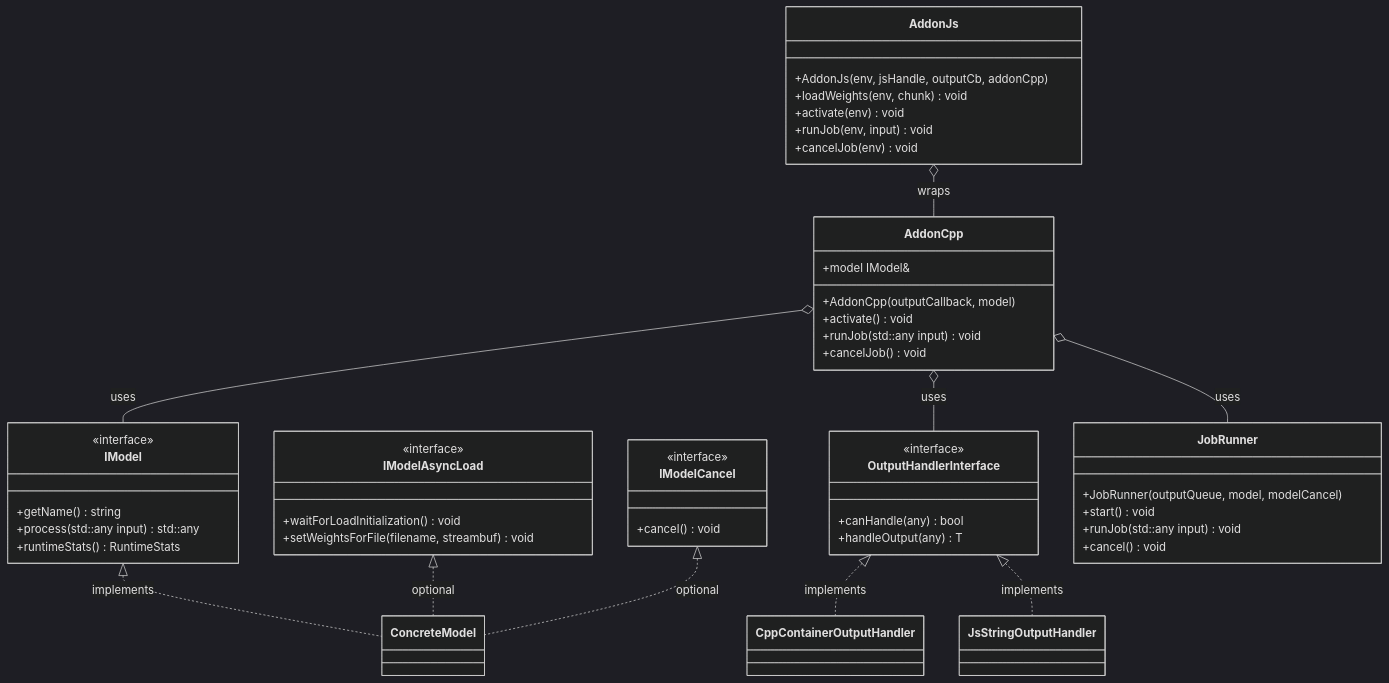
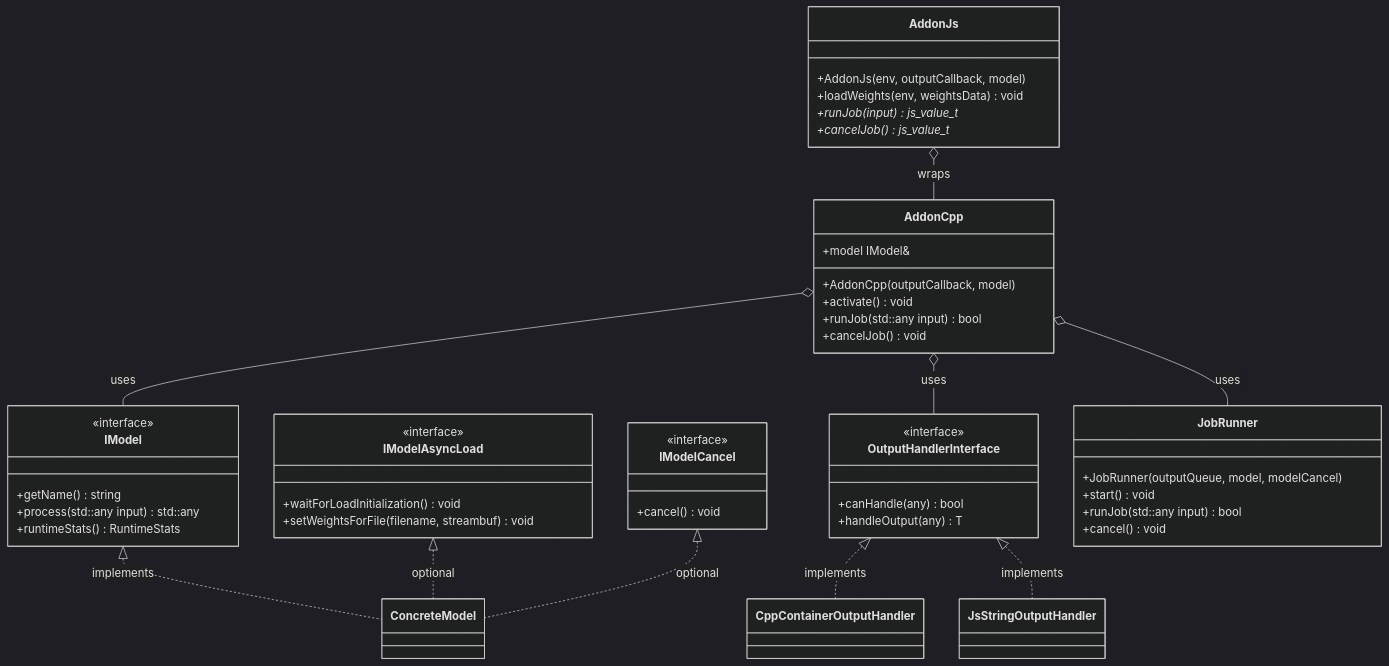
One commit to tetherto/qvac changed the second of 3 diagrams in packages/qvac-lib-inference-addon-cpp/docs/architecture.md. Above: the diagram before and after it, drawn with Mermaid (dark theme). The commit also changed 8 other files, not shown here.

````diff
--- a/packages/qvac-lib-inference-addon-cpp/docs/architecture.md
+++ b/packages/qvac-lib-inference-addon-cpp/docs/architecture.md
@@ -189,61 +189,60 @@
 ```mermaid
 classDiagram
     class IModel {
         <<interface>>
         +getName() string
         +process(std::any input) std::any
         +runtimeStats() RuntimeStats
     }
     
     class IModelAsyncLoad {
         <<interface>>
         +waitForLoadInitialization() void
         +setWeightsForFile(filename, streambuf) void
     }
     
     class IModelCancel {
         <<interface>>
         +cancel() void
     }
     
     class OutputHandlerInterface {
         <<interface>>
         +canHandle(any) bool
         +handleOutput(any) T
     }
     
     class AddonCpp {
         +AddonCpp(outputCallback, model)
         +activate() void
-        +runJob(std::any input) void
+        +runJob(std::any input) bool
         +cancelJob() void
         +model IModel&
     }
     
     class AddonJs {
-        +AddonJs(env, jsHandle, outputCb, addonCpp)
-        +loadWeights(env, chunk) void
-        +activate(env) void
-        +runJob(env, input) void
-        +cancelJob(env) void
+        +AddonJs(env, outputCallback, model)
+        +loadWeights(env, weightsData) void
+        +runJob(input) js_value_t*
+        +cancelJob() js_value_t*
     }
     
     class JobRunner {
         +JobRunner(outputQueue, model, modelCancel)
         +start() void
-        +runJob(std::any input) void
+        +runJob(std::any input) bool
         +cancel() void
     }
     
     IModel <|.. ConcreteModel : implements
     IModelAsyncLoad <|.. ConcreteModel : optional
     IModelCancel <|.. ConcreteModel : optional
     
     OutputHandlerInterface <|.. CppContainerOutputHandler : implements
     OutputHandlerInterface <|.. JsStringOutputHandler : implements
     
     AddonCpp o-- IModel : uses
     AddonCpp o-- JobRunner : uses
     AddonCpp o-- OutputHandlerInterface : uses
     AddonJs o-- AddonCpp : wraps
 ```
````
